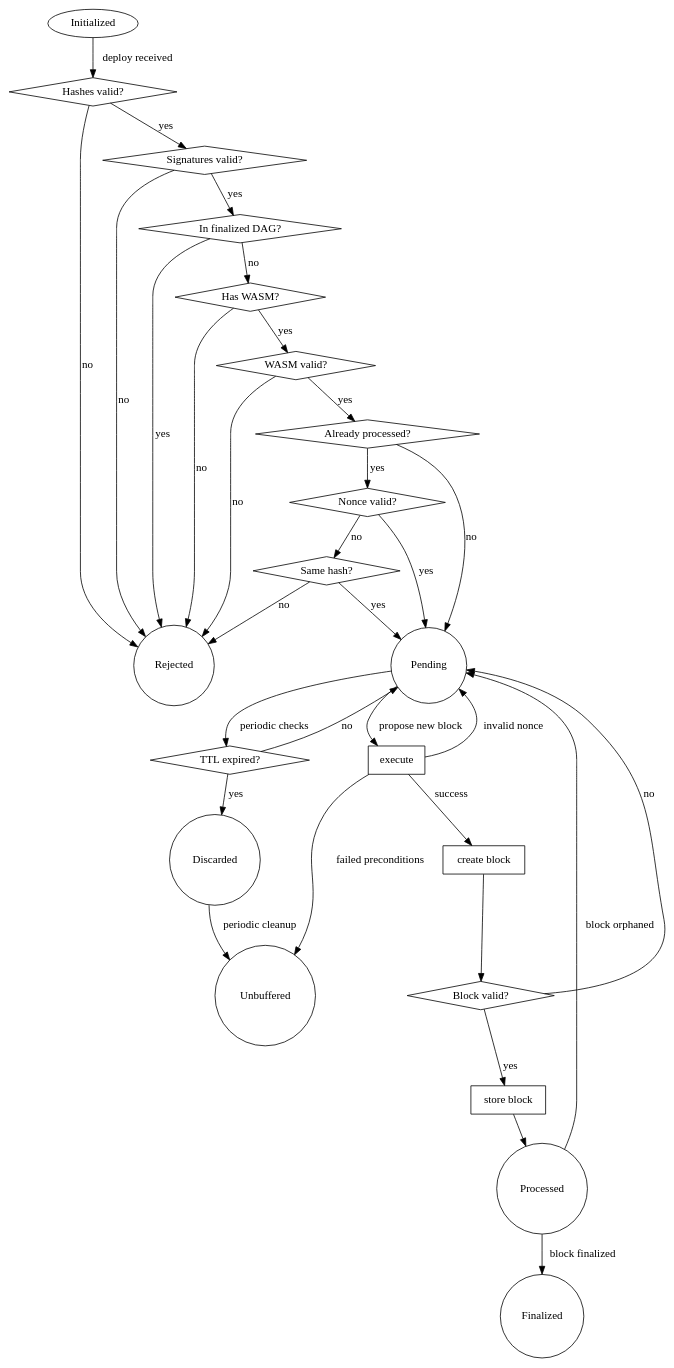
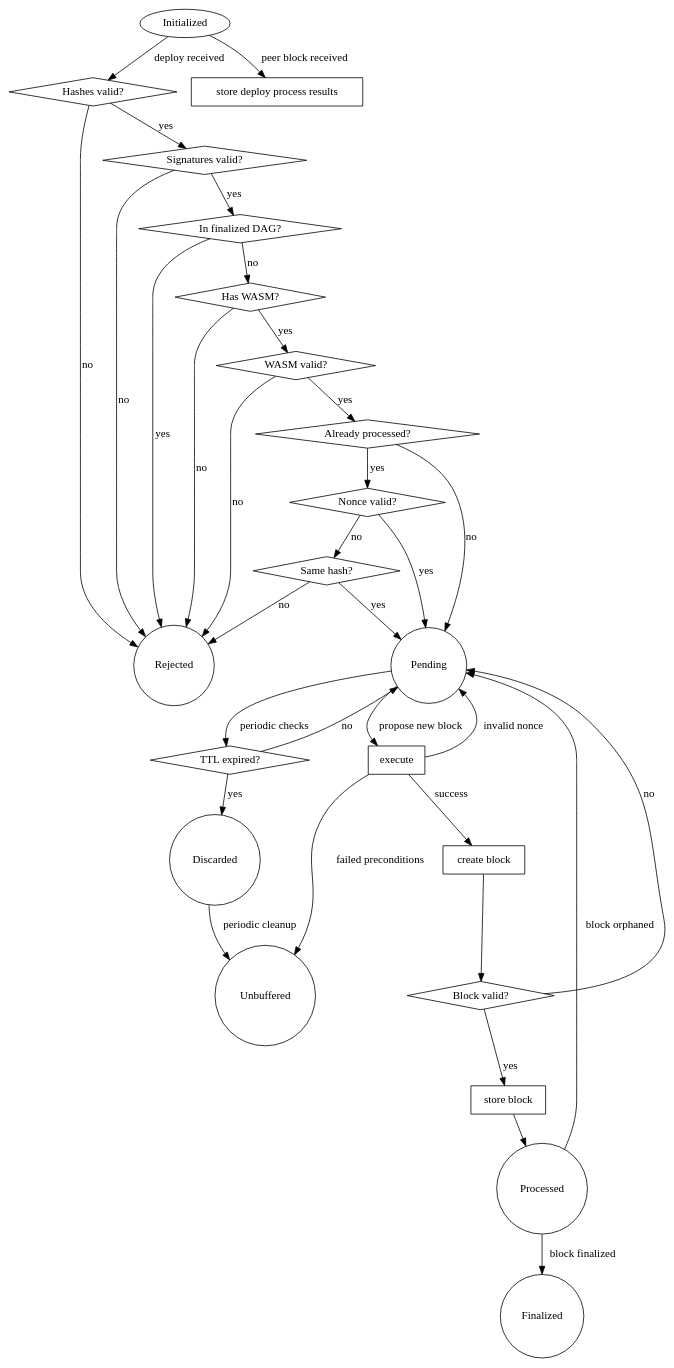
One commit to sacherjj/CasperLabs changed the diagram in casper/src/main/scala/io/casperlabs/casper/deploybuffer/deploys_processing.gv. Above: the diagram before and after it, drawn with Graphviz.

Commit message:
NODE-666: Update spec

```diff
--- a/casper/src/main/scala/io/casperlabs/casper/deploybuffer/deploys_processing.gv
+++ b/casper/src/main/scala/io/casperlabs/casper/deploybuffer/deploys_processing.gv
@@ -1,76 +1,80 @@
 digraph deploy_processing_finite_state_machine {
 /*
     For visualisation install the Graphviz package: https://www.graphviz.org
     Compile to image using the example command: dot -Gdpi=100 -Tjpeg -o deploys.jpeg deploys_processing_fsm.gv
 
     Don't forget to update the docs/deploys_processing.svg on change
 */
 	initialized[shape="ellipse" label="Initialized"];
 	rejected[shape="circle" label="Rejected"];
 	check_hashes[shape="diamond" label="Hashes valid?"];
 	check_signatures[shape="diamond" label="Signatures valid?"];
 	check_preexistence[shape="diamond" label="In finalized DAG?"];
 	check_session_and_payment_code[shape="diamond" label="Has WASM?"];
 	check_nonce_step_one[shape="diamond" label="Already processed?"]
 	check_nonce_step_two[shape="diamond" label="Nonce valid?"]
 	check_nonce_step_three[shape="diamond" label="Same hash?"];
 	check_wasm[shape="diamond" label="WASM valid?"];
 	check_ttl[shape="diamond" label="TTL expired?"];
 
 	pending[shape="circle" label="Pending"];
 	processed[shape="circle" label="Processed"];
 	finalized[shape="circle" label="Finalized"];
 	discarded[shape="circle" label="Discarded"];
 	deleted[shape="circle" label="Unbuffered"];
 
 	check_computation_result[shape="box" label="execute"];
 	check_block[shape="diamond" label="Block valid?"];
 	create_block[shape="box" label="create block"];
 	store_block[shape="box" label="store block"];
+
+	store_deploys_process_results[shape="box" label="store deploy process results"];
 
 	initialized -> check_hashes [label="deploy received"];
 
 	check_hashes -> check_signatures [label="yes"];
 	check_hashes -> rejected [label="no"];
 
 	check_signatures -> check_preexistence [label="yes"];
 	check_signatures -> rejected [label="no"];
 
 	check_preexistence -> check_session_and_payment_code [label="no"];
 	check_preexistence -> rejected [label="yes"];
 
 	check_session_and_payment_code -> check_wasm [label="yes"];
 	check_session_and_payment_code -> rejected [label="no"];
 
 	check_wasm -> check_nonce_step_one [label="yes"];
 	check_wasm -> rejected [label="no"];
 
 	check_nonce_step_one -> pending [label="no"];
 	check_nonce_step_one -> check_nonce_step_two [label="yes"];
 
 	check_nonce_step_two -> pending [label="yes"];
 	check_nonce_step_two -> check_nonce_step_three [label="no"];
 
 	check_nonce_step_three -> pending [label="yes"];
 	check_nonce_step_three -> rejected [label="no"];
 
 	pending -> check_computation_result [label="propose new block"];
 	pending -> check_ttl [label="periodic checks"];
 	check_ttl -> pending [label="no"];
 	check_ttl -> discarded [label="yes"];
 
 	discarded -> deleted [label="periodic cleanup"];
 
 	check_computation_result -> deleted [label="failed preconditions"];
 	check_computation_result -> pending [label="invalid nonce"];
 	check_computation_result -> create_block [label="success"];
 
 	create_block -> check_block;
 
 	check_block -> store_block [label="yes"];
 	check_block -> pending [label="no"];
 
 	store_block -> processed;
 	processed -> pending [label="block orphaned"];
 	processed -> finalized [label="block finalized"];
+
+	initialized -> store_deploys_process_results [label="peer block received"];
 }
```
